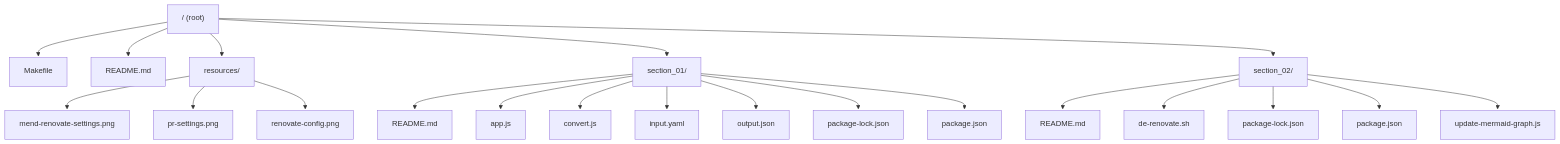
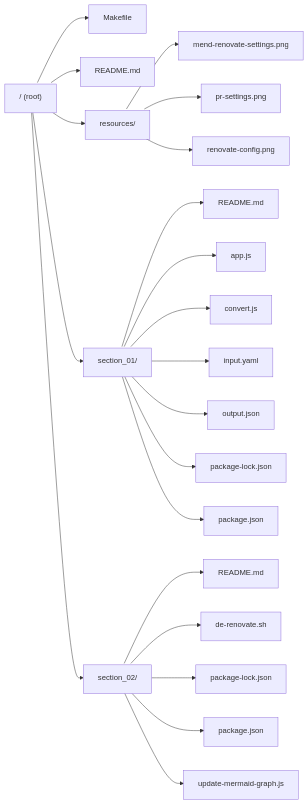
The diagram in README.md (allenhub-net/The--Complete--Github--Actions--and--Workflows--Guide), drawn with Mermaid before and after one commit.

Commit message:
chore: update Mermaid graph in README.md

````diff
--- a/README.md
+++ b/README.md
@@ -99,28 +99,28 @@
 ```mermaid
 
 %% Repository Structure
-graph TD;
+graph LR;
     %% Double vertical spacing
     classDef doubledSpacing height:60px;
     ROOT["/ (root)"]:::doubledSpacing
     ROOT --> ._MAKEFILE["Makefile"]:::doubledSpacing
     ROOT --> ._READMEMD["README.md"]:::doubledSpacing
     ROOT --> ._RESOURCES["resources/"]:::doubledSpacing
     ._RESOURCES --> .RESOURCES_MENDRENOVATESETTINGSPNG["mend-renovate-settings.png"]:::doubledSpacing
     ._RESOURCES --> .RESOURCES_PRSETTINGSPNG["pr-settings.png"]:::doubledSpacing
     ._RESOURCES --> .RESOURCES_RENOVATECONFIGPNG["renovate-config.png"]:::doubledSpacing
     ROOT --> ._SECTION_01["section_01/"]:::doubledSpacing
     ._SECTION_01 --> .SECTION_01_READMEMD["README.md"]:::doubledSpacing
     ._SECTION_01 --> .SECTION_01_APPJS["app.js"]:::doubledSpacing
     ._SECTION_01 --> .SECTION_01_CONVERTJS["convert.js"]:::doubledSpacing
     ._SECTION_01 --> .SECTION_01_INPUTYAML["input.yaml"]:::doubledSpacing
     ._SECTION_01 --> .SECTION_01_OUTPUTJSON["output.json"]:::doubledSpacing
     ._SECTION_01 --> .SECTION_01_PACKAGELOCKJSON["package-lock.json"]:::doubledSpacing
     ._SECTION_01 --> .SECTION_01_PACKAGEJSON["package.json"]:::doubledSpacing
     ROOT --> ._SECTION_02["section_02/"]:::doubledSpacing
     ._SECTION_02 --> .SECTION_02_READMEMD["README.md"]:::doubledSpacing
     ._SECTION_02 --> .SECTION_02_DERENOVATESH["de-renovate.sh"]:::doubledSpacing
     ._SECTION_02 --> .SECTION_02_PACKAGELOCKJSON["package-lock.json"]:::doubledSpacing
     ._SECTION_02 --> .SECTION_02_PACKAGEJSON["package.json"]:::doubledSpacing
     ._SECTION_02 --> .SECTION_02_UPDATEMERMAIDGRAPHJS["update-mermaid-graph.js"]:::doubledSpacing
 ```
````
